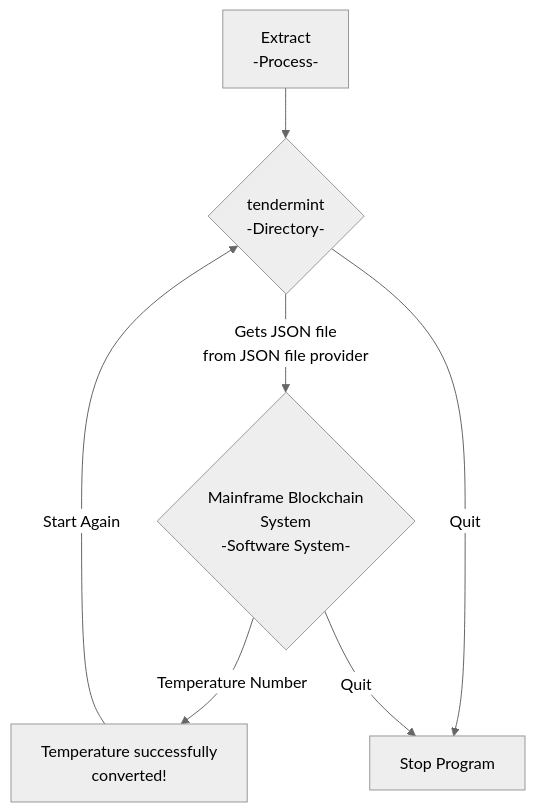
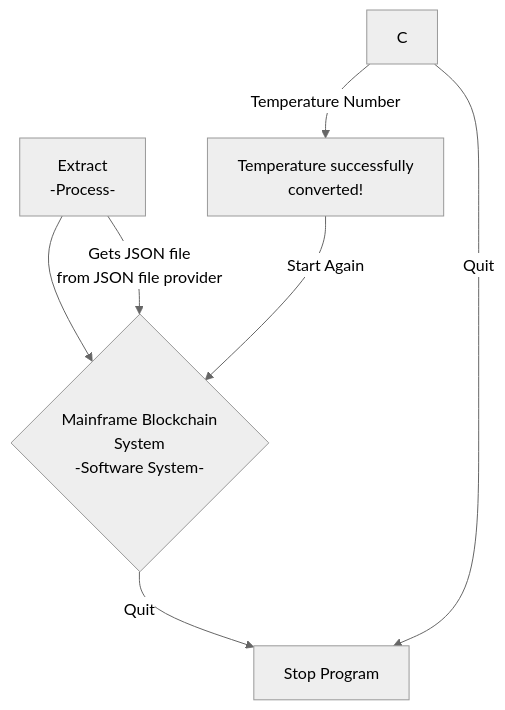
Before and after one commit to patmcfarland/one: the diagram in README.md, drawn with Mermaid (neutral theme).

````diff
--- a/README.md
+++ b/README.md
@@ -1,9 +1,9 @@
 ```mermaid
 flowchart TD
 A[Extract<br>-Process-] -->B{tendermint<br>-Directory-}
-B -- Gets JSON file<br>from JSON file provider --> C{Mainframe Blockchain<br>System<br>-Software System-} 
+A -- Gets JSON file<br>from JSON file provider --> B{Mainframe Blockchain<br>System<br>-Software System-} 
 C -- Temperature Number --> D[Temperature successfully<br>converted!] 
 D -- Start Again -->B
 B -- Quit --> E[Stop Program]
 C -- Quit --> E
 ```
````
